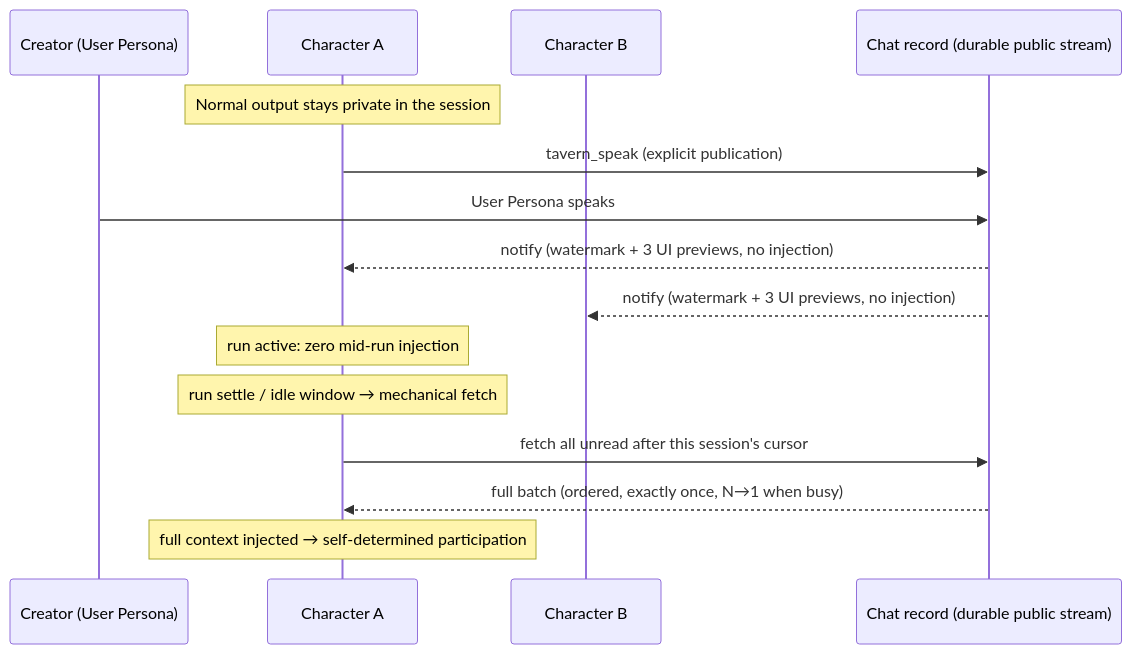
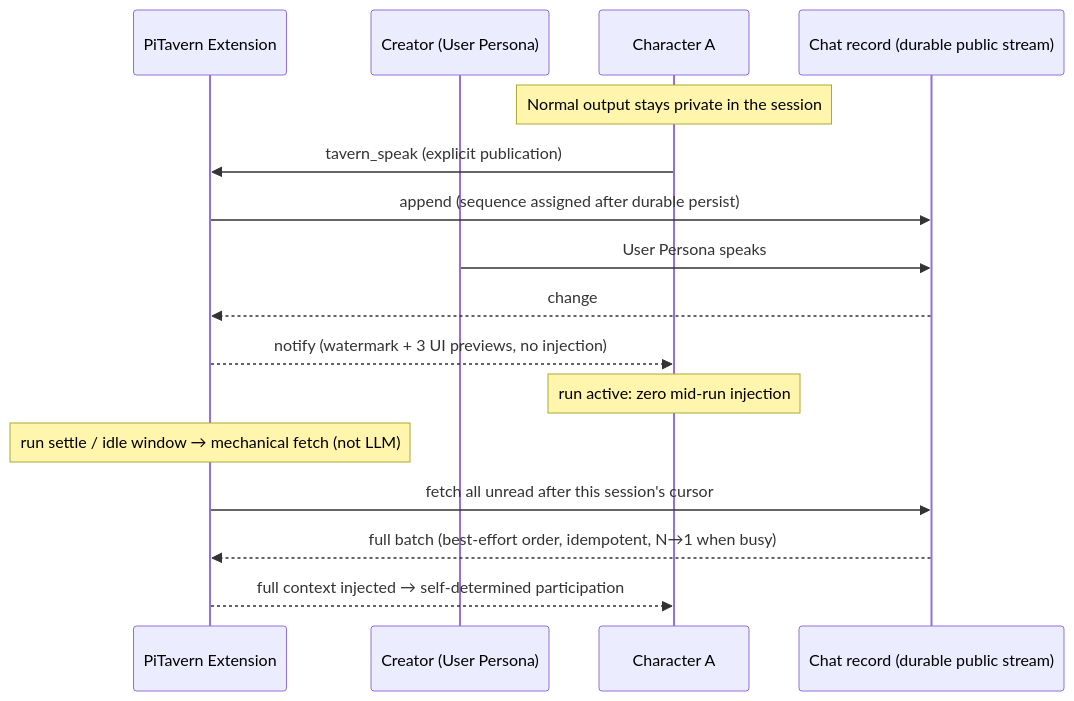
One commit to icylight/pi-tavern changed the diagram in README.en.md. Above: the diagram before and after it, drawn with Mermaid. The commit also changed other lines of this file and 1 other file, not shown here.

Commit message:
docs(readme): 表述校正三处（对话层共享上下文/去「恰好一次不重不漏」→幂等可重拉/Mermaid 加 Extension 参与者）+ 移除 agentchattr 提及 + 快速开始/项目状态/许可证/中英入口（User 指示 #70）

````diff
--- a/README.en.md
+++ b/README.en.md
@@ -33,18 +35,19 @@
 ```mermaid
 sequenceDiagram
+    participant E as PiTavern Extension
     participant C as Creator (User Persona)
     participant A as Character A
-    participant B as Character B
     participant S as Chat record (durable public stream)
 
     Note over A: Normal output stays private in the session
-    A->>S: tavern_speak (explicit publication)
+    A->>E: tavern_speak (explicit publication)
+    E->>S: append (sequence assigned after durable persist)
     C->>S: User Persona speaks
-    S-->>A: notify (watermark + 3 UI previews, no injection)
-    S-->>B: notify (watermark + 3 UI previews, no injection)
+    S-->>E: change
+    E-->>A: notify (watermark + 3 UI previews, no injection)
     Note over A: run active: zero mid-run injection
-    Note over A: run settle / idle window → mechanical fetch
-    A->>S: fetch all unread after this session's cursor
-    S-->>A: full batch (ordered, exactly once, N→1 when busy)
-    Note over A: full context injected → self-determined participation
+    Note over E: run settle / idle window → mechanical fetch (not LLM)
+    E->>S: fetch all unread after this session's cursor
+    S-->>E: full batch (best-effort order, idempotent, N→1 when busy)
+    E-->>A: full context injected → self-determined participation
 ```
````
